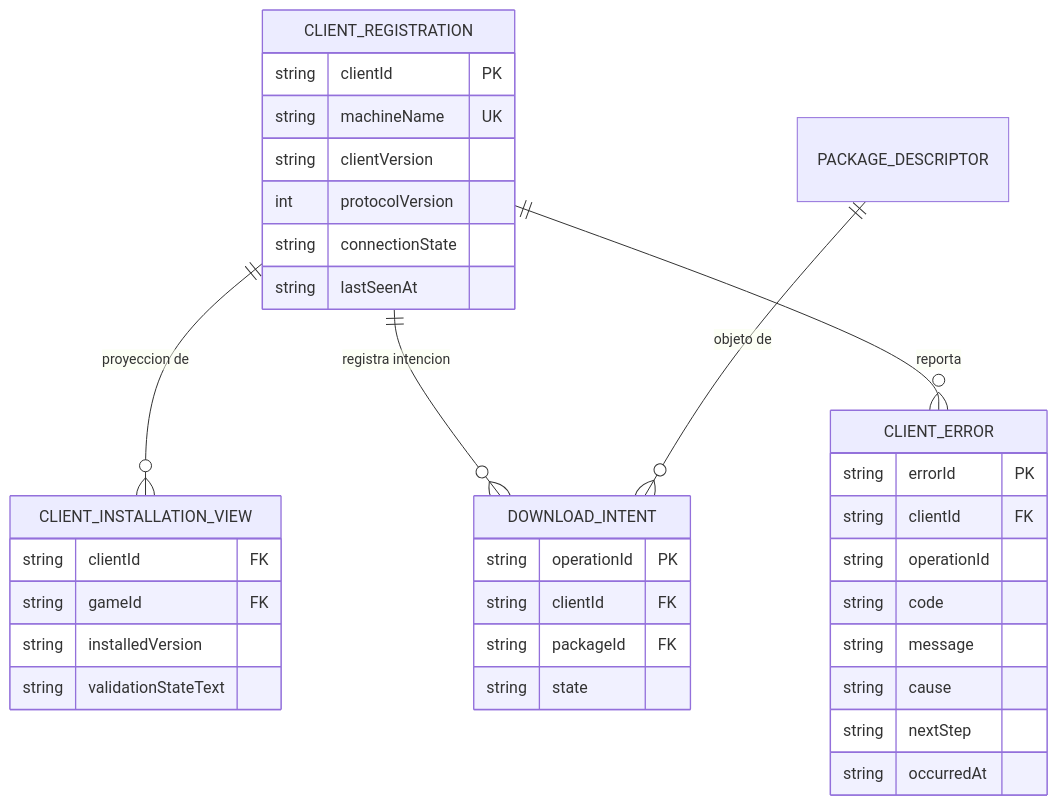
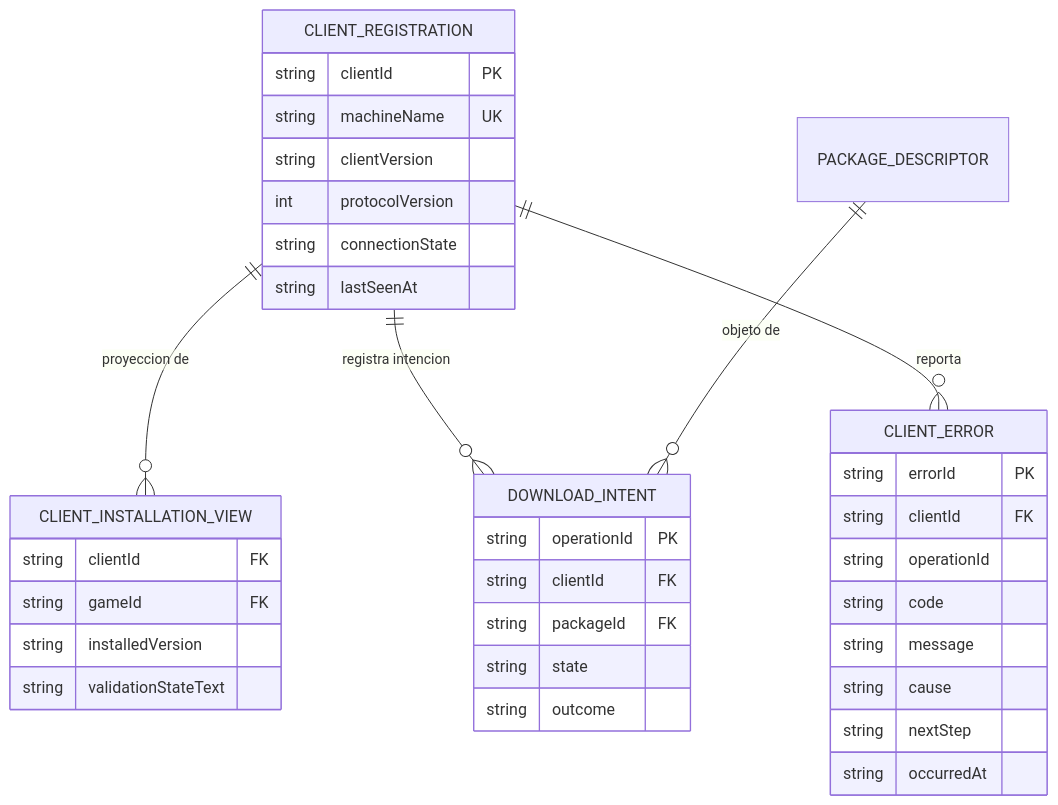
Before and after one commit to vertigo7x/lan-party-hub: the sixth of 10 diagrams in _bmad-output/planning-artifacts/architecture/architecture-lan-party-hub-2026-10-26/ARCHITECTURE-SPINE.md, drawn with Mermaid. The commit also changed other lines of this file and 10 other files, not shown here.

Commit message:
docs: close readiness gate findings in epics, architecture and UX

````diff
--- a/_bmad-output/planning-artifacts/architecture/architecture-lan-party-hub-2026-10-26/ARCHITECTURE-SPINE.md
+++ b/_bmad-output/planning-artifacts/architecture/architecture-lan-party-hub-2026-10-26/ARCHITECTURE-SPINE.md
@@ -707,38 +738,39 @@
 ```mermaid
 erDiagram
     CLIENT_REGISTRATION ||--o{ CLIENT_INSTALLATION_VIEW : "proyeccion de"
     CLIENT_REGISTRATION ||--o{ DOWNLOAD_INTENT : "registra intencion"
     CLIENT_REGISTRATION ||--o{ CLIENT_ERROR : "reporta"
     PACKAGE_DESCRIPTOR ||--o{ DOWNLOAD_INTENT : "objeto de"
 
     CLIENT_REGISTRATION {
         string clientId PK
         string machineName UK
         string clientVersion
         int protocolVersion
         string connectionState
         string lastSeenAt
     }
     CLIENT_INSTALLATION_VIEW {
         string clientId FK
         string gameId FK
         string installedVersion
         string validationStateText
     }
     DOWNLOAD_INTENT {
         string operationId PK
         string clientId FK
         string packageId FK
         string state
+        string outcome
     }
     CLIENT_ERROR {
         string errorId PK
         string clientId FK
         string operationId
         string code
         string message
         string cause
         string nextStep
         string occurredAt
     }
 ```
````
